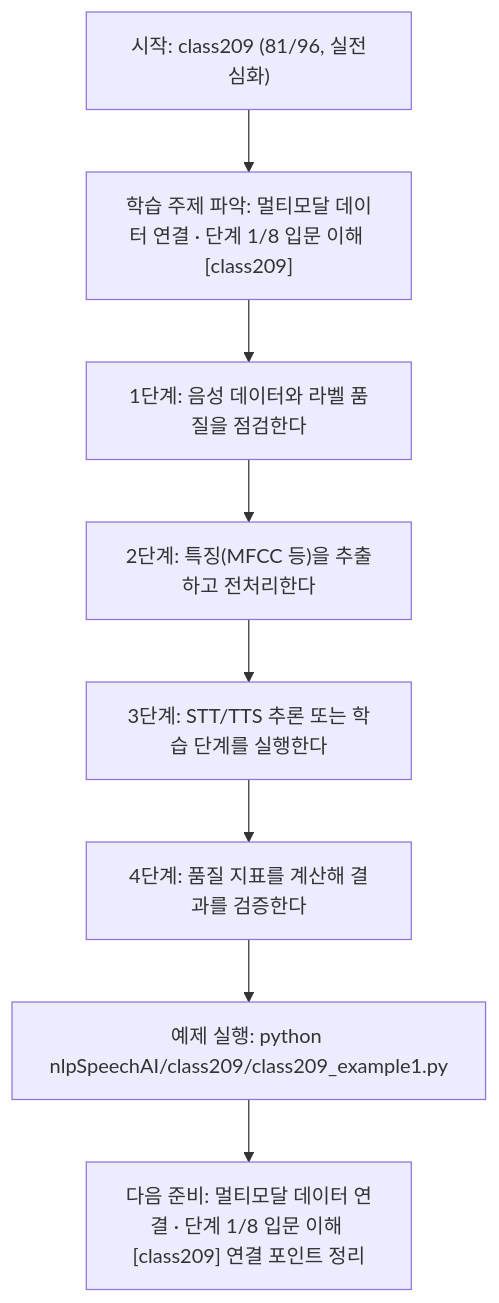
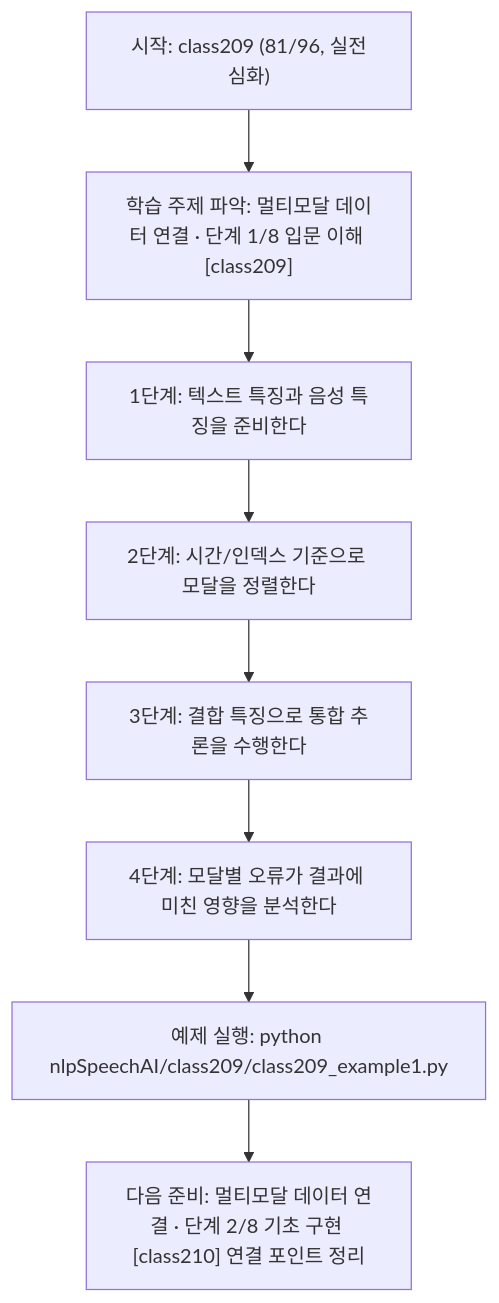
The diagram in nlpSpeechAI/class209/class209.md (edumgt/Python-AI_Agent-Class), drawn with Mermaid before and after one commit. The commit also changed other lines of this file and 1122 other files, not shown here.

````diff
--- a/nlpSpeechAI/class209/class209.md
+++ b/nlpSpeechAI/class209/class209.md
@@ -114,18 +95,18 @@
 ```mermaid
 flowchart TD
 N1["시작: class209 (81/96, 실전심화)"]
 N2["학습 주제 파악: 멀티모달 데이터 연결 · 단계 1/8 입문 이해 [class209]"]
-N3["1단계: 음성 데이터와 라벨 품질을 점검한다"]
-N4["2단계: 특징(MFCC 등)을 추출하고 전처리한다"]
-N5["3단계: STT/TTS 추론 또는 학습 단계를 실행한다"]
-N6["4단계: 품질 지표를 계산해 결과를 검증한다"]
+N3["1단계: 텍스트 특징과 음성 특징을 준비한다"]
+N4["2단계: 시간/인덱스 기준으로 모달을 정렬한다"]
+N5["3단계: 결합 특징으로 통합 추론을 수행한다"]
+N6["4단계: 모달별 오류가 결과에 미친 영향을 분석한다"]
 N7["예제 실행: python nlpSpeechAI/class209/class209_example1.py"]
-N8["다음 준비: 멀티모달 데이터 연결 · 단계 1/8 입문 이해 [class209] 연결 포인트 정리"]
+N8["다음 준비: 멀티모달 데이터 연결 · 단계 2/8 기초 구현 [class210] 연결 포인트 정리"]
 N1 --> N2
 N2 --> N3
 N3 --> N4
 N4 --> N5
 N5 --> N6
 N6 --> N7
 N7 --> N8
 ```
````
